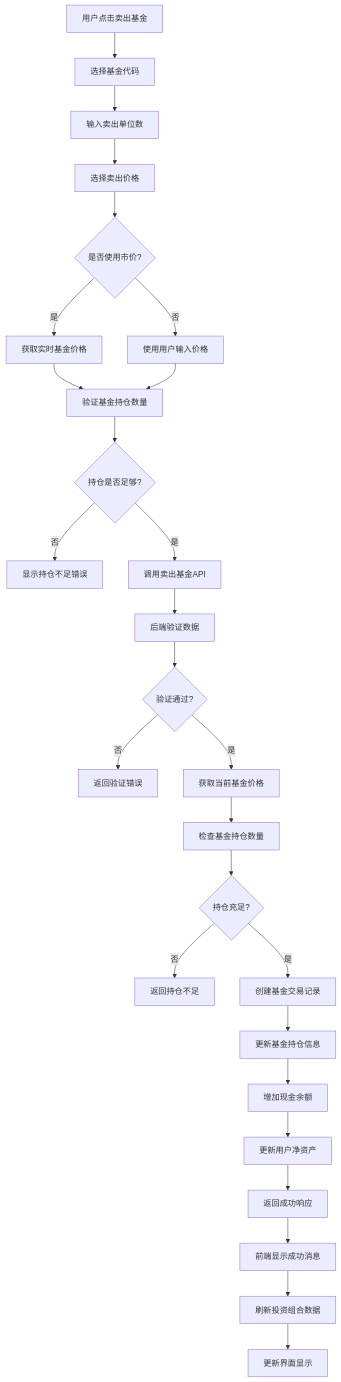
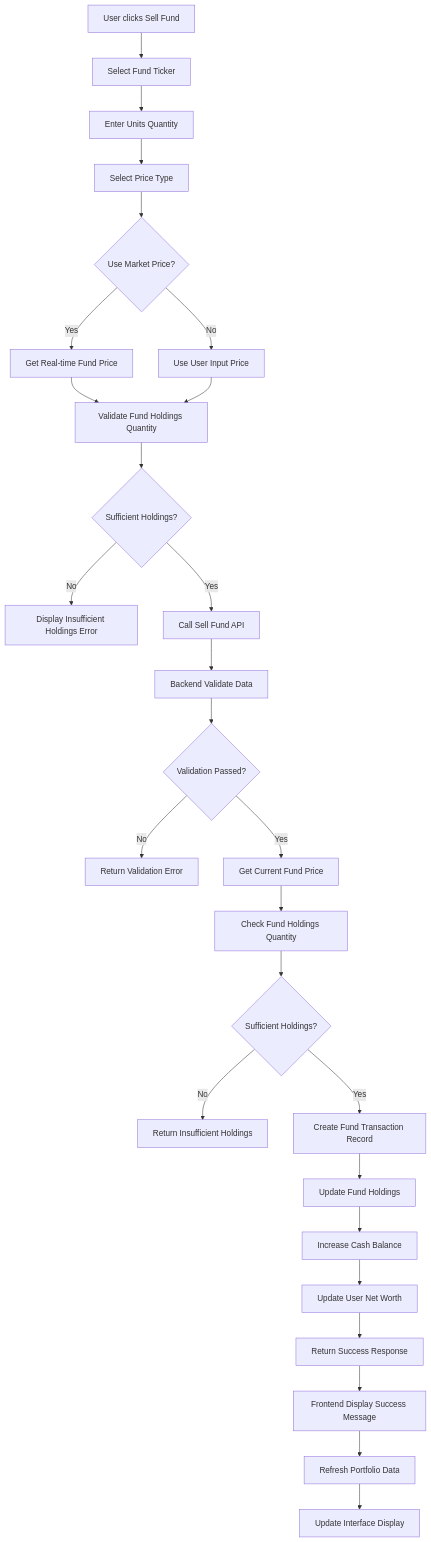
The fourth of 20 diagrams in FLOWCHARTS.md (CDKStudy/Portfolio_Manager), drawn with Mermaid before and after one commit. The commit also changed other lines of this file, not shown here.

Commit message:
update flowchart

````diff
--- a/FLOWCHARTS.md
+++ b/FLOWCHARTS.md
@@ -105,29 +105,29 @@
 ```mermaid
 flowchart TD
-    A[用户点击卖出基金] --> B[选择基金代码]
-    B --> C[输入卖出单位数]
-    C --> D[选择卖出价格]
-    D --> E{是否使用市价?}
-    E -->|是| F[获取实时基金价格]
-    E -->|否| G[使用用户输入价格]
-    F --> H[验证基金持仓数量]
+    A[User clicks Sell Fund] --> B[Select Fund Ticker]
+    B --> C[Enter Units Quantity]
+    C --> D[Select Price Type]
+    D --> E{Use Market Price?}
+    E -->|Yes| F[Get Real-time Fund Price]
+    E -->|No| G[Use User Input Price]
+    F --> H[Validate Fund Holdings Quantity]
     G --> H
-    H --> I{持仓是否足够?}
-    I -->|否| J[显示持仓不足错误]
-    I -->|是| K[调用卖出基金API]
-    K --> L[后端验证数据]
-    L --> M{验证通过?}
-    M -->|否| N[返回验证错误]
-    M -->|是| O[获取当前基金价格]
-    O --> P[检查基金持仓数量]
-    P --> Q{持仓充足?}
-    Q -->|否| R[返回持仓不足]
-    Q -->|是| S[创建基金交易记录]
-    S --> T[更新基金持仓信息]
-    T --> U[增加现金余额]
-    U --> V[更新用户净资产]
-    V --> W[返回成功响应]
-    W --> X[前端显示成功消息]
-    X --> Y[刷新投资组合数据]
-    Y --> Z[更新界面显示]
+    H --> I{Sufficient Holdings?}
+    I -->|No| J[Display Insufficient Holdings Error]
+    I -->|Yes| K[Call Sell Fund API]
+    K --> L[Backend Validate Data]
+    L --> M{Validation Passed?}
+    M -->|No| N[Return Validation Error]
+    M -->|Yes| O[Get Current Fund Price]
+    O --> P[Check Fund Holdings Quantity]
+    P --> Q{Sufficient Holdings?}
+    Q -->|No| R[Return Insufficient Holdings]
+    Q -->|Yes| S[Create Fund Transaction Record]
+    S --> T[Update Fund Holdings]
+    T --> U[Increase Cash Balance]
+    U --> V[Update User Net Worth]
+    V --> W[Return Success Response]
+    W --> X[Frontend Display Success Message]
+    X --> Y[Refresh Portfolio Data]
+    Y --> Z[Update Interface Display]
 ```
````
